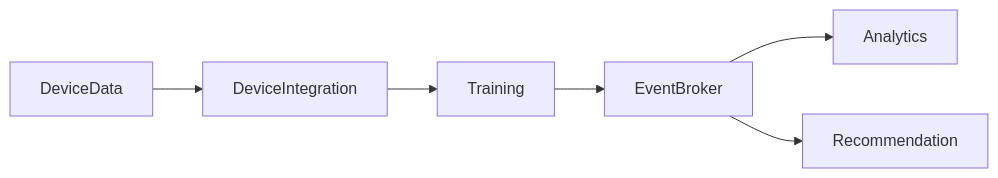
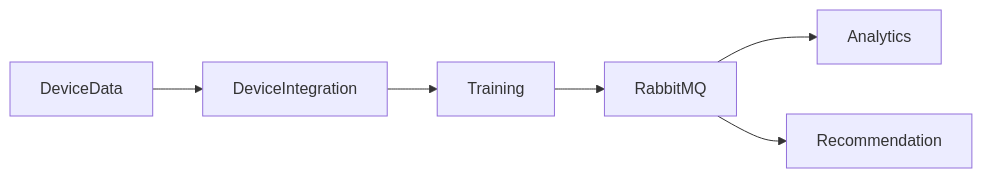
Before and after one commit to HiddenFox29/Athletica: the second of 7 diagrams in 03-architecture/architecture-views.md, drawn with Mermaid. The commit also changed other lines of this file and 5 other files, not shown here.

````diff
--- a/03-architecture/architecture-views.md
+++ b/03-architecture/architecture-views.md
@@ -152,8 +154,8 @@
 ```mermaid
 flowchart LR
     DeviceData --> DeviceIntegration
     DeviceIntegration --> Training
-    Training --> EventBroker
-    EventBroker --> Analytics
-    EventBroker --> Recommendation
+    Training --> RabbitMQ
+    RabbitMQ --> Analytics
+    RabbitMQ --> Recommendation
 ```
````
